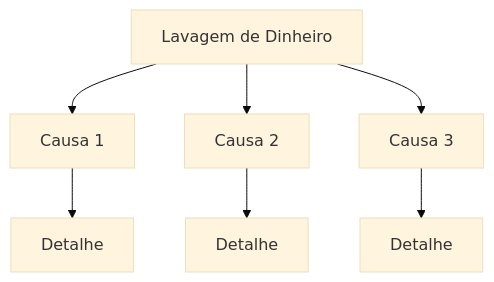
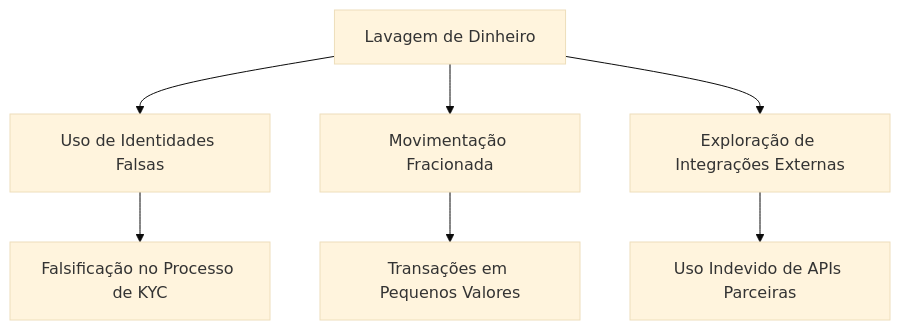
Before and after one commit to pedro-coelho-dr/threat-model-exercise: the fourth of 9 diagrams in readme.md, drawn with Mermaid (base theme). The commit also changed other lines of this file, not shown here.

````diff
--- a/readme.md
+++ b/readme.md
@@ -210,10 +220,11 @@
 ```mermaid
 flowchart TD
     A1[Lavagem de Dinheiro]
-    A1 --> A2[Causa 1]
-    A1 --> A3[Causa 2]
-    A1 --> A4[Causa 3]
-    A2 --> A5[Detalhe]
-    A3 --> A6[Detalhe]
-    A4 --> A7[Detalhe]
+    A1 --> A2[Uso de Identidades Falsas]
+    A1 --> A3[Movimentação Fracionada]
+    A1 --> A4[Exploração de Integrações Externas]
+    A2 --> A5[Falsificação no Processo de KYC]
+    A3 --> A6[Transações em Pequenos Valores]
+    A4 --> A7[Uso Indevido de APIs Parceiras]
+
 ```
````
